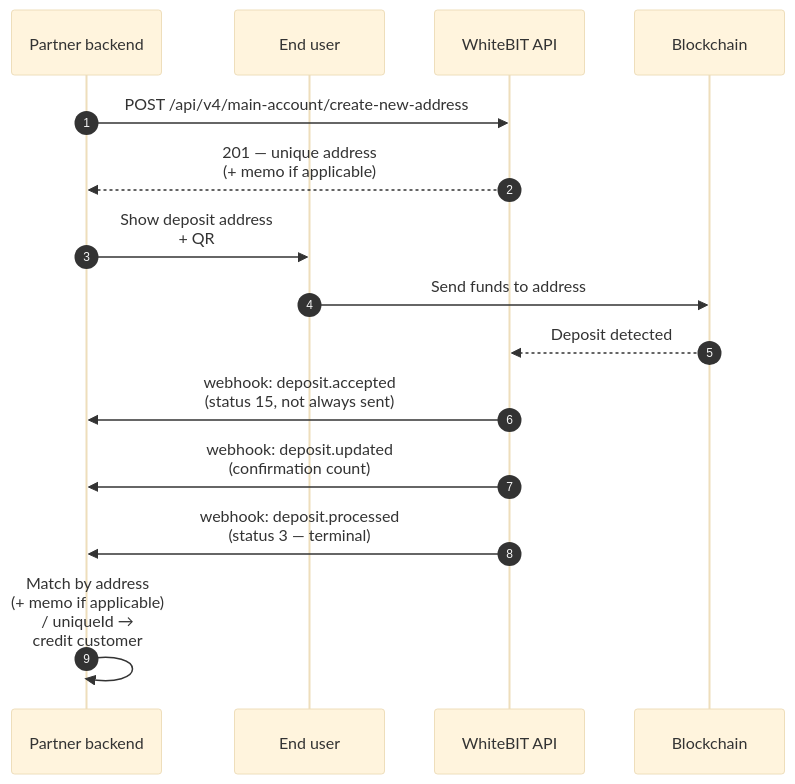
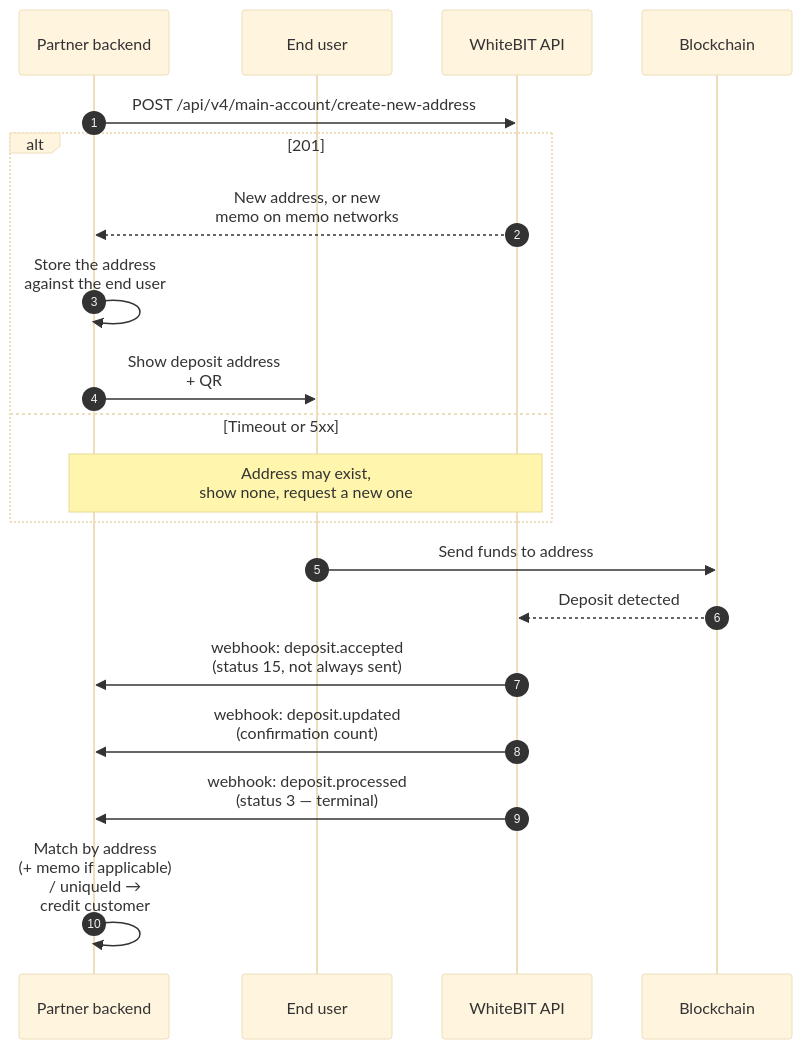
One commit to whitebit-exchange/docs changed the first of 10 diagrams in guides/payment-integration.mdx. Above: the diagram before and after it, drawn with Mermaid (base theme). The commit also changed other lines of this file and 8 other files, not shown here.

````diff
--- a/guides/payment-integration.mdx
+++ b/guides/payment-integration.mdx
@@ -37,18 +37,23 @@
 ```mermaid
 sequenceDiagram
     autonumber
     participant P as Partner backend
     participant U as End user
     participant W as WhiteBIT API
     participant B as Blockchain
 
     P->>W: POST /api/v4/main-account/create-new-address
-    W-->>P: 201 — unique address<br/>(+ memo if applicable)
-    P->>U: Show deposit address<br/>+ QR
+    alt 201
+        W-->>P: New address, or new<br/>memo on memo networks
+        P->>P: Store the address<br/>against the end user
+        P->>U: Show deposit address<br/>+ QR
+    else Timeout or 5xx
+        Note over P,W: Address may exist,<br/>show none, request a new one
+    end
     U->>B: Send funds to address
     B-->>W: Deposit detected
     W->>P: webhook: deposit.accepted<br/>(status 15, not always sent)
     W->>P: webhook: deposit.updated<br/>(confirmation count)
     W->>P: webhook: deposit.processed<br/>(status 3 — terminal)
     P->>P: Match by address<br/>(+ memo if applicable)<br/>/ uniqueId →<br/>credit customer
 ```
````
